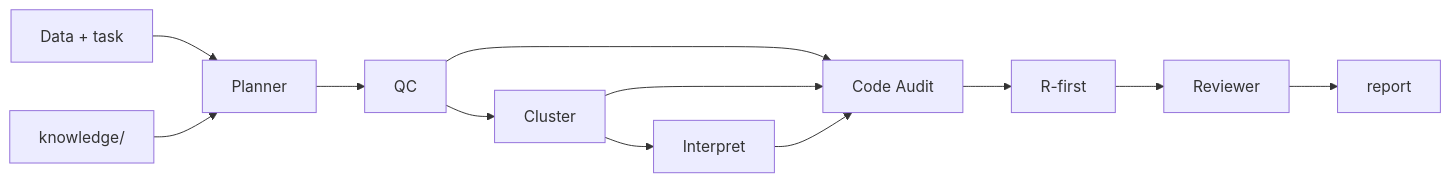
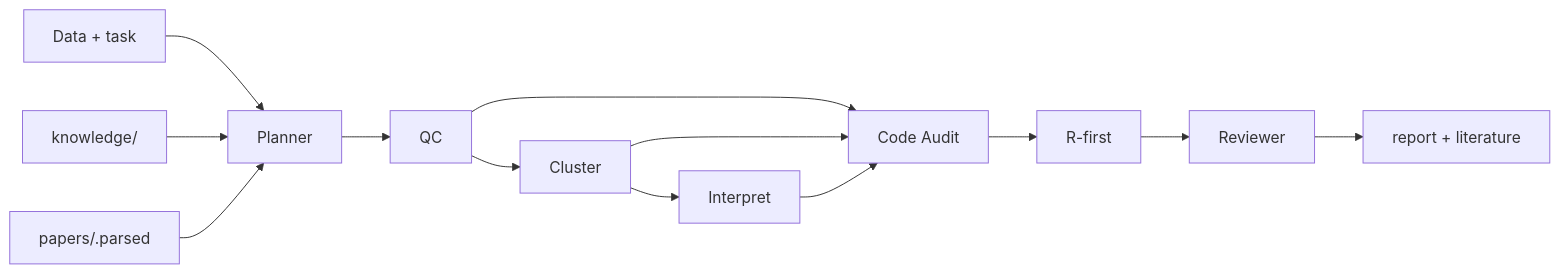
Before and after one commit to bio-apple/scAgent: the diagram in README.md, drawn with Mermaid. The commit also changed other lines of this file and 19 other files, not shown here.

````diff
--- a/README.md
+++ b/README.md
@@ -20,7 +22,8 @@
 ```mermaid
 flowchart LR
   IN["Data + task"] --> PL["Planner"]
   KB["knowledge/"] --> PL
+  PAPERS["papers/.parsed"] --> PL
   PL --> A1["QC"] --> A2["Cluster"] --> A3["Interpret"]
-  A1 & A2 & A3 --> CA["Code Audit"] --> TR["R-first"] --> REV["Reviewer"] --> OUT["report"]
+  A1 & A2 & A3 --> CA["Code Audit"] --> TR["R-first"] --> REV["Reviewer"] --> OUT["report + literature"]
 ```
````
